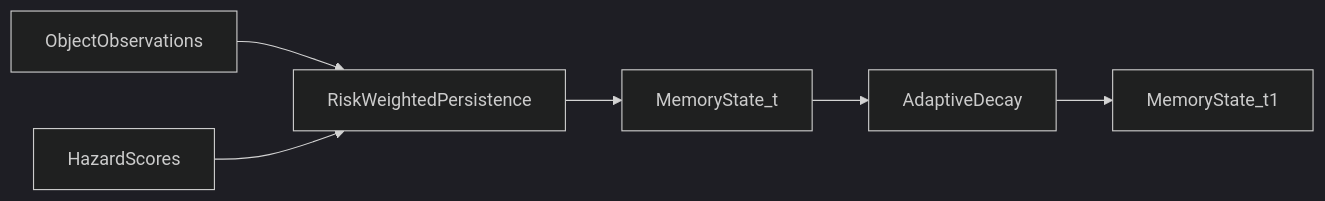
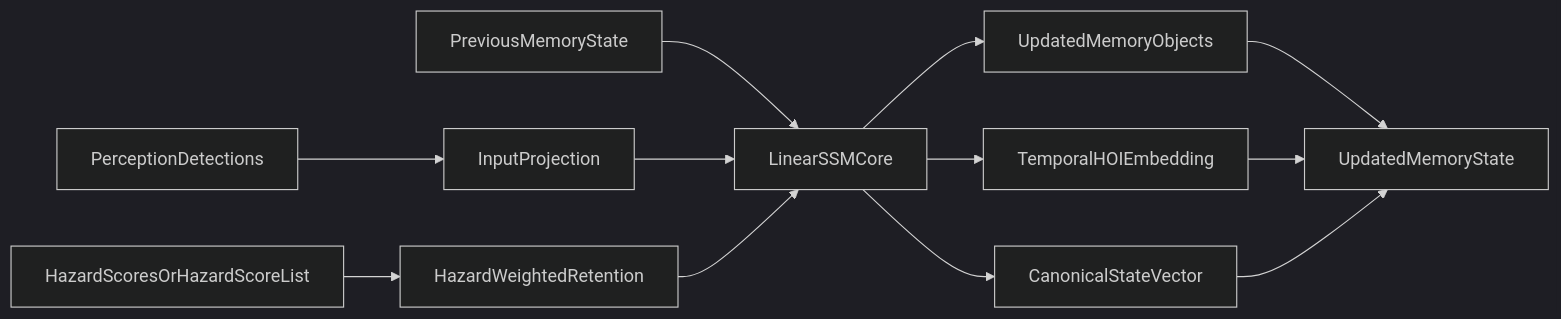
One commit to paribesh44/RiskSenseVLA changed the sixth of 7 diagrams in docs/architecture.md. Above: the diagram before and after it, drawn with Mermaid (dark theme). The commit also changed other lines of this file and 1 other file, not shown here.

````diff
--- a/docs/architecture.md
+++ b/docs/architecture.md
@@ -104,8 +222,14 @@
 ```mermaid
 flowchart LR
-  obs[ObjectObservations] --> persist[RiskWeightedPersistence]
-  hazardsIn[HazardScores] --> persist
-  persist --> memoryState[MemoryState_t]
-  memoryState --> decay[AdaptiveDecay]
-  decay --> memoryNext[MemoryState_t1]
+  detections[PerceptionDetections] --> inputProj[InputProjection]
+  hazardSignals[HazardScoresOrHazardScoreList] --> retention[HazardWeightedRetention]
+  prevState[PreviousMemoryState] --> ssmCore[LinearSSMCore]
+  inputProj --> ssmCore
+  retention --> ssmCore
+  ssmCore --> objState[UpdatedMemoryObjects]
+  ssmCore --> hoiEmb[TemporalHOIEmbedding]
+  ssmCore --> canonicalVec[CanonicalStateVector]
+  objState --> memOut[UpdatedMemoryState]
+  hoiEmb --> memOut
+  canonicalVec --> memOut
 ```
````
